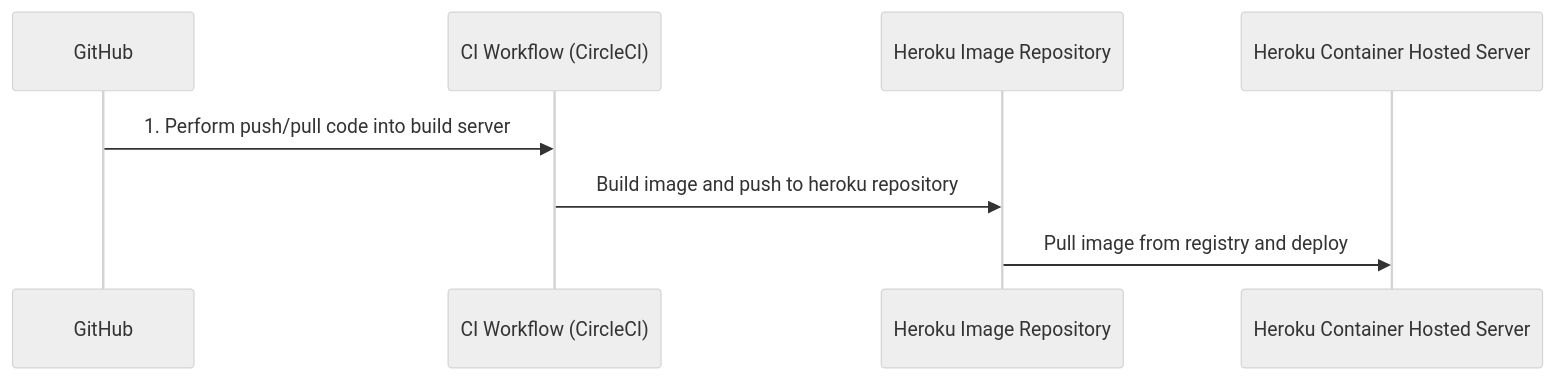
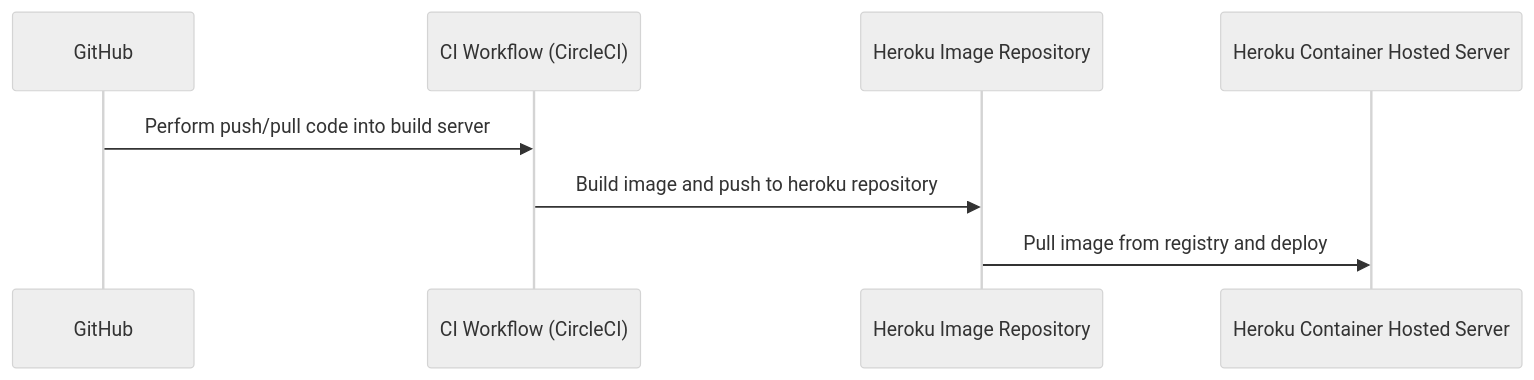
The diagram in README.md (edisonzsq/sctp-se-m4-week4-coaching), drawn with Mermaid (neutral theme) before and after one commit.

Commit message:
Attempt fix markdown rendering issue

````diff
--- a/README.md
+++ b/README.md
@@ -140,9 +140,9 @@
 ```mermaid
 
 sequenceDiagram
 
-GitHub ->> CI Workflow (CircleCI) :1. Perform push/pull code into build server
-CI Workflow (CircleCI) ->> Heroku Image Repository : Build image and push to heroku repository
-Heroku Image Repository ->> Heroku Container Hosted Server : Pull image from registry and deploy
+GitHub ->> CI Workflow (CircleCI) : Perform push/pull code into build server;
+CI Workflow (CircleCI) ->> Heroku Image Repository : Build image and push to heroku repository;
+Heroku Image Repository ->> Heroku Container Hosted Server : Pull image from registry and deploy;
 
 ```
````
